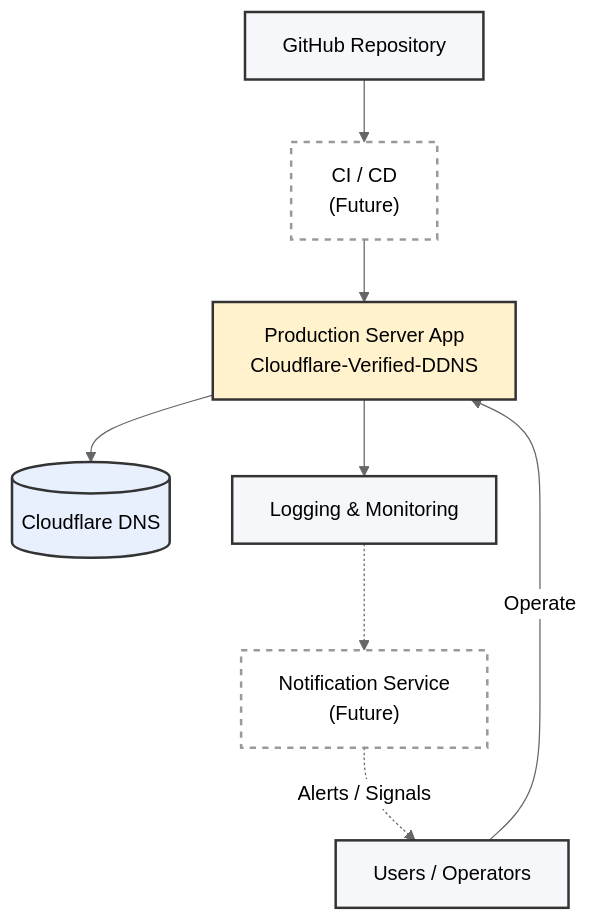
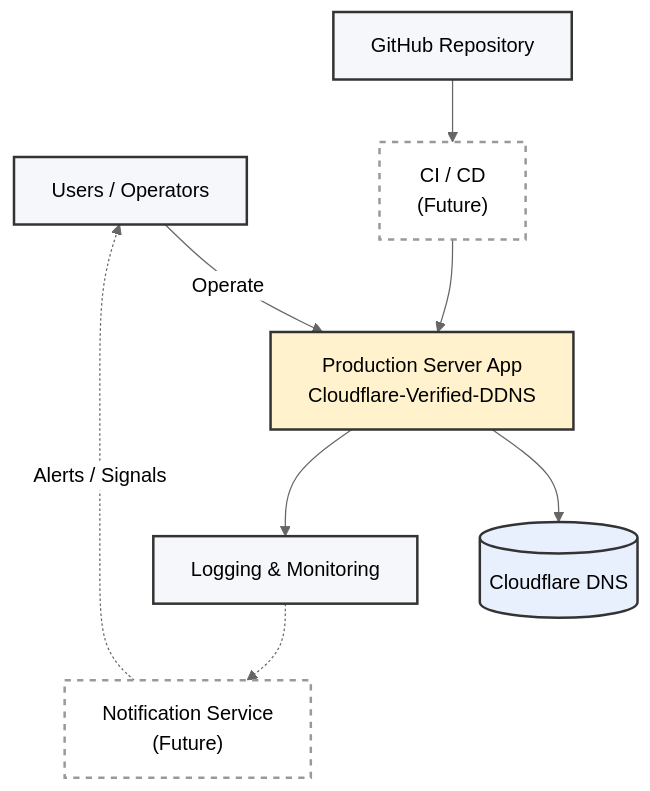
The first of 12 diagrams in docs/ARCHITECTURE.md (bkaewell/cloudflare-verified-ddns), drawn with Mermaid (neutral theme) before and after one commit. The commit also changed other lines of this file, not shown here.

Commit message:
Experimenting with mermaid diagrams

````diff
--- a/docs/ARCHITECTURE.md
+++ b/docs/ARCHITECTURE.md
@@ -4,34 +4,34 @@
 ```mermaid
 flowchart TB
     %% Nodes (declare humans early for visual priority)
+    USERS[Users / Operators]
     REPO[GitHub Repository]
-    USERS[Users / Operators]
     CICD["CI / CD<br/>(Future)"]
     APP[Production Server App<br/>Cloudflare-Verified-DDNS]
     CF[(Cloudflare DNS)]
     LOGS[Logging & Monitoring]
     NOTIFY["Notification Service<br/>(Future)"]
 
     %% Core Flow
     USERS -->|Operate| APP
 
     REPO --> CICD
     CICD --> APP
     APP --> CF
     APP --> LOGS
 
     %% Observability & Feedback
     LOGS -.-> NOTIFY
     NOTIFY -.->|Alerts / Signals| USERS
 
     %% Styling
     classDef core fill:#fff2cc,stroke:#333,stroke-width:2px;
     classDef neutral fill:#f5f7fa,stroke:#333,stroke-width:2px;
     classDef cloud fill:#e8f0fe,stroke:#333,stroke-width:2px;
     classDef future fill:#ffffff,stroke:#999,stroke-width:2px,stroke-dasharray: 5 5;
 
     class APP core;
     class REPO,USERS,LOGS neutral;
     class CF cloud;
     class CICD,NOTIFY future;
 ```
````
